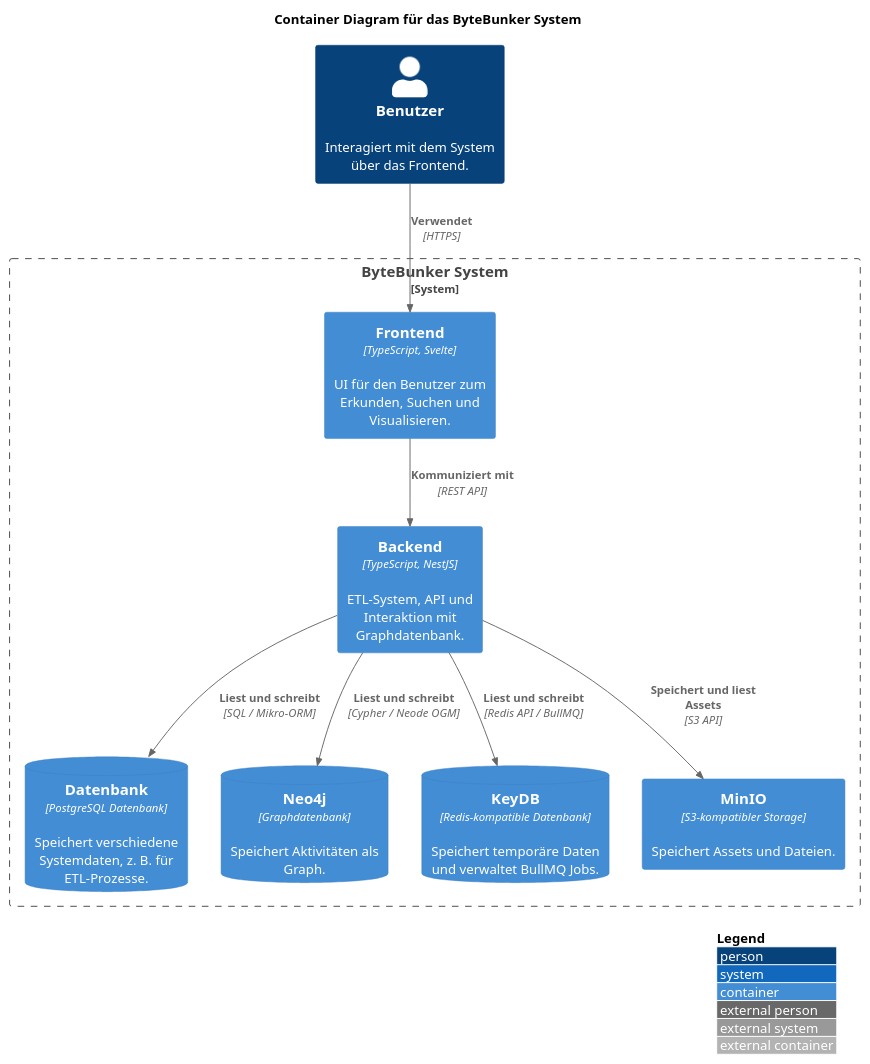
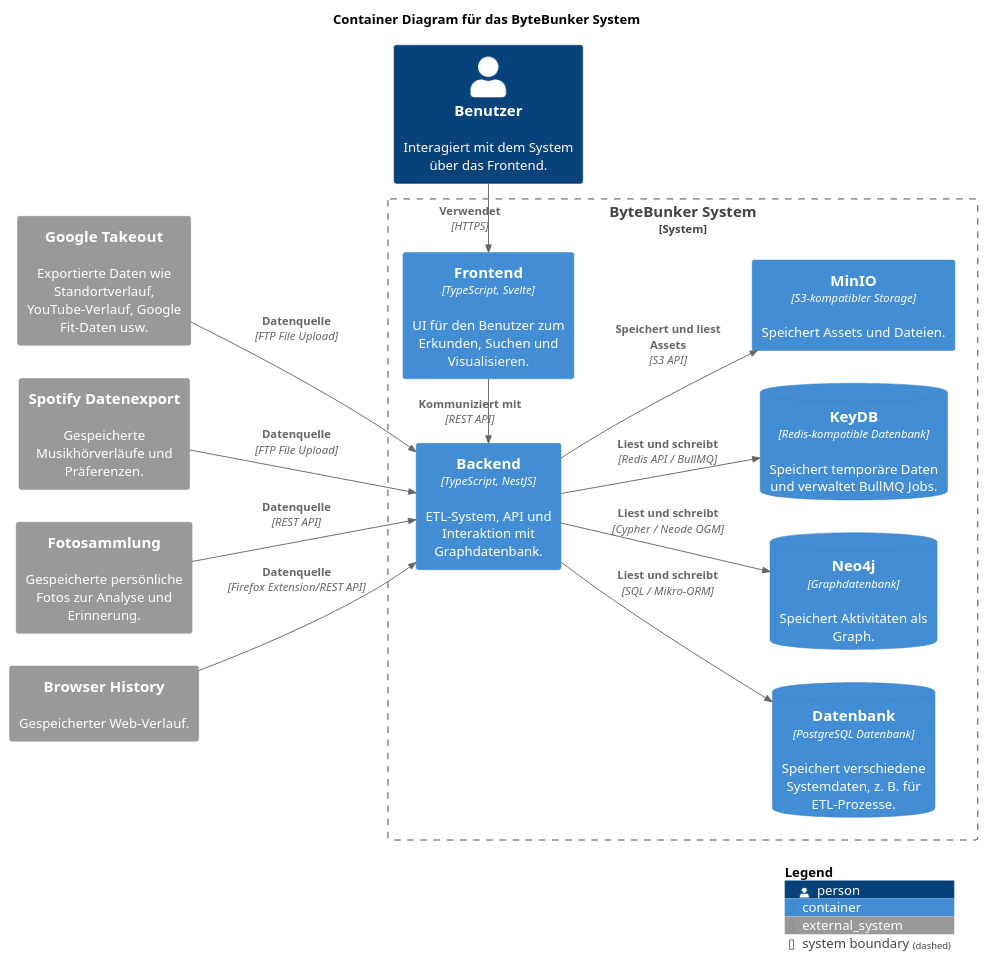
The diagram in planning/diagrams/container-context.puml (bytebunker-org/bytebunker), drawn with PlantUML before and after one commit. The commit also changed 17 other files, not shown here.

Commit message:
feat: update packages, planning uml changes

```diff
--- a/planning/diagrams/container-context.puml
+++ b/planning/diagrams/container-context.puml
@@ -1,26 +1,42 @@
 @startuml
 !include https://raw.githubusercontent.com/plantuml-stdlib/C4-PlantUML/master/C4_Container.puml
 
-LAYOUT_WITH_LEGEND()
+LAYOUT_LANDSCAPE()
 
 title Container Diagram für das ByteBunker System
 
 Person(user, "Benutzer", "Interagiert mit dem System über das Frontend.")
 
 System_Boundary(bytebunker, "ByteBunker System") {
-  Container(frontend, "Frontend", "TypeScript, Svelte", "UI für den Benutzer zum Erkunden, Suchen und Visualisieren.")
-  Container(backend, "Backend", "TypeScript, NestJS", "ETL-System, API und Interaktion mit Graphdatenbank.")
-  ContainerDb(postgres, "Datenbank", "PostgreSQL Datenbank", "Speichert verschiedene Systemdaten, z. B. für ETL-Prozesse.")
-  ContainerDb(neo4j, "Neo4j", "Graphdatenbank", "Speichert Aktivitäten als Graph.")
-  ContainerDb(keydb, "KeyDB", "Redis-kompatible Datenbank", "Speichert temporäre Daten und verwaltet BullMQ Jobs.")
-  Container(storage, "MinIO", "S3-kompatibler Storage", "Speichert Assets und Dateien.")
+    together {
+      Container(frontend, "Frontend", "TypeScript, Svelte", "UI für den Benutzer zum Erkunden, Suchen und Visualisieren.")
+      Container(backend, "Backend", "TypeScript, NestJS", "ETL-System, API und Interaktion mit Graphdatenbank.")
+    }
+
+    together {
+        ContainerDb(postgres, "Datenbank", "PostgreSQL Datenbank", "Speichert verschiedene Systemdaten, z. B. für ETL-Prozesse.")
+        ContainerDb(neo4j, "Neo4j", "Graphdatenbank", "Speichert Aktivitäten als Graph.")
+        ContainerDb(keydb, "KeyDB", "Redis-kompatible Datenbank", "Speichert temporäre Daten und verwaltet BullMQ Jobs.")
+        Container(storage, "MinIO", "S3-kompatibler Storage", "Speichert Assets und Dateien.")
+    }
 }
 
-Rel(user, frontend, "Verwendet", "HTTPS")
-Rel(frontend, backend, "Kommuniziert mit", "REST API")
+System_Ext(google, "Google Takeout", "Exportierte Daten wie Standortverlauf, YouTube-Verlauf, Google Fit-Daten usw.")
+System_Ext(spotify, "Spotify Datenexport", "Gespeicherte Musikhörverläufe und Präferenzen.")
+System_Ext(photos, "Fotosammlung", "Gespeicherte persönliche Fotos zur Analyse und Erinnerung.")
+System_Ext(browser, "Browser History", "Gespeicherter Web-Verlauf.")
+
+Rel_Up(user, frontend, "Verwendet", "HTTPS")
+Rel_Up(frontend, backend, "Kommuniziert mit", "REST API")
 Rel(backend, postgres, "Liest und schreibt", "SQL / Mikro-ORM")
 Rel(backend, neo4j, "Liest und schreibt", "Cypher / Neode OGM")
 Rel(backend, keydb, "Liest und schreibt", "Redis API / BullMQ")
 Rel(backend, storage, "Speichert und liest Assets", "S3 API")
 
+Rel(google, backend, "Datenquelle", "FTP File Upload")
+Rel(spotify, backend, "Datenquelle", "FTP File Upload")
+Rel(photos, backend, "Datenquelle", "REST API")
+Rel(browser, backend, "Datenquelle", "Firefox Extension/REST API")
+
+SHOW_LEGEND()
 @enduml
```
